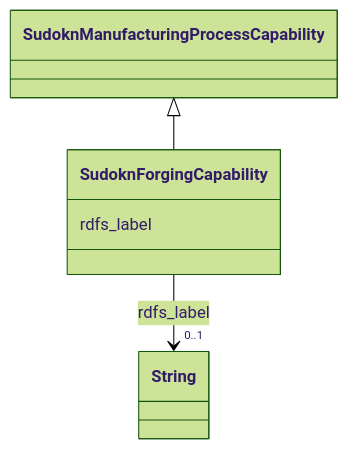
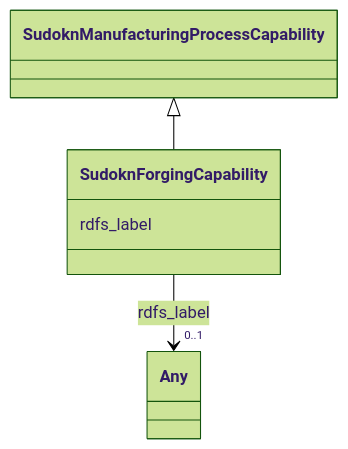
The diagram in sudokn-kg/classes/SudoknForgingCapability.md (frink-okn/graph-descriptions), drawn with Mermaid (forest theme) before and after one commit. The commit also changed other lines of this file and 903 other files, not shown here.

````diff
--- a/sudokn-kg/classes/SudoknForgingCapability.md
+++ b/sudokn-kg/classes/SudoknForgingCapability.md
@@ -23,18 +18,18 @@
 ```mermaid
  classDiagram
     class SudoknForgingCapability
     click SudoknForgingCapability href "../SudoknForgingCapability"
       SudoknManufacturingProcessCapability <|-- SudoknForgingCapability
         click SudoknManufacturingProcessCapability href "../SudoknManufacturingProcessCapability"
       
       SudoknForgingCapability : rdfs_label
         
           
     
     
-    SudoknForgingCapability --> "0..1" String : rdfs_label
-    click String href "../String"
+    SudoknForgingCapability --> "0..1" Any : rdfs_label
+    click Any href "../Any"
 
         
       
 ```
````
